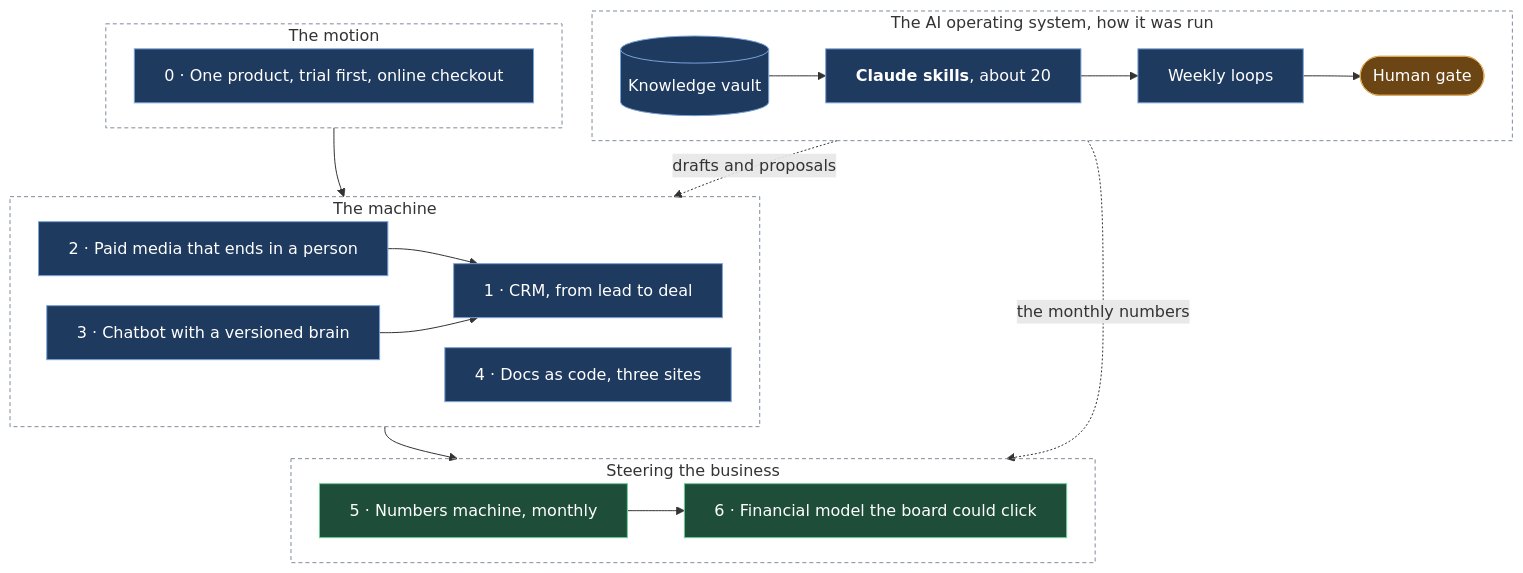
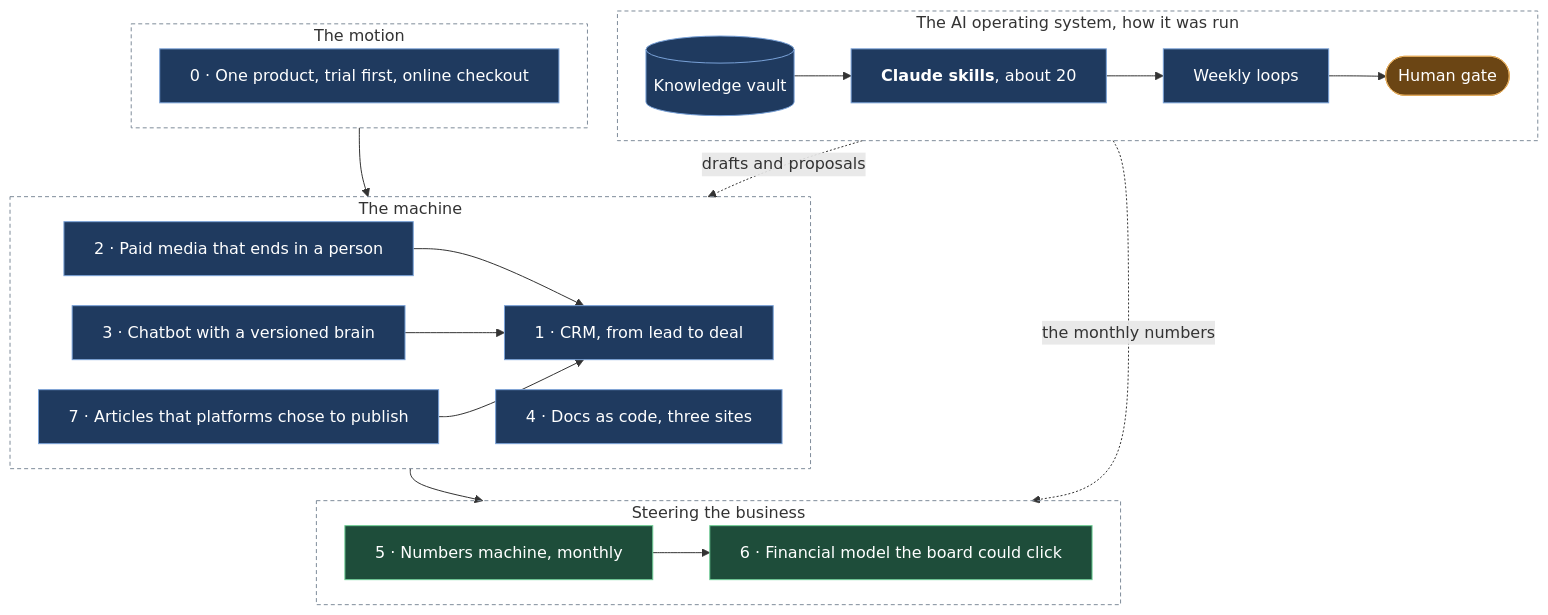
One commit to nunomnferreirapt/ai-operated-growth-engine changed the diagram in README.md. Above: the diagram before and after it, drawn with Mermaid. The commit also changed other lines of this file and 4 other files, not shown here.

First line of the commit message:
Chapter 7: articles that platforms chose to publish; wired into the front page, the index, the research-writer note and the essay

````diff
--- a/README.md
+++ b/README.md
@@ -11,31 +11,32 @@
 ```mermaid
 %%{init: {"flowchart": {"wrappingWidth": 600, "nodeSpacing": 30, "rankSpacing": 32}}}%%
 flowchart TB
     subgraph OS["The AI operating system, how it was run"]
         direction LR
         V[("Knowledge vault")]:::sys --> SK["`**Claude skills**, about 20`"]:::sys --> L["Weekly loops"]:::sys --> G(["Human gate"]):::human
     end
     subgraph MO["The motion"]
         C0["0 · One product, trial first, online checkout"]:::sys
     end
     subgraph MA["The machine"]
         direction LR
         C2["2 · Paid media that ends in a person"]:::sys --> C1["1 · CRM, from lead to deal"]:::sys
         C3["3 · Chatbot with a versioned brain"]:::sys --> C1
         C4["4 · Docs as code, three sites"]:::sys
+        C7["7 · Articles that platforms chose to publish"]:::sys --> C1
     end
     subgraph ST["Steering the business"]
         direction LR
         C5["5 · Numbers machine, monthly"]:::out --> C6["6 · Financial model the board could click"]:::out
     end
     MO --> MA --> ST
     OS -. drafts and proposals .-> MA
     OS -. the monthly numbers .-> ST
     classDef sys fill:#1f3a5f,stroke:#7aa2d8,color:#ffffff
     classDef human fill:#6b4514,stroke:#e0a95a,color:#ffffff
     classDef out fill:#1e4d3a,stroke:#6fcf97,color:#ffffff
     style OS fill:transparent,stroke:#7f8c9a,stroke-dasharray:4 3
     style MO fill:transparent,stroke:#7f8c9a,stroke-dasharray:4 3
     style MA fill:transparent,stroke:#7f8c9a,stroke-dasharray:4 3
     style ST fill:transparent,stroke:#7f8c9a,stroke-dasharray:4 3
 ```
````
